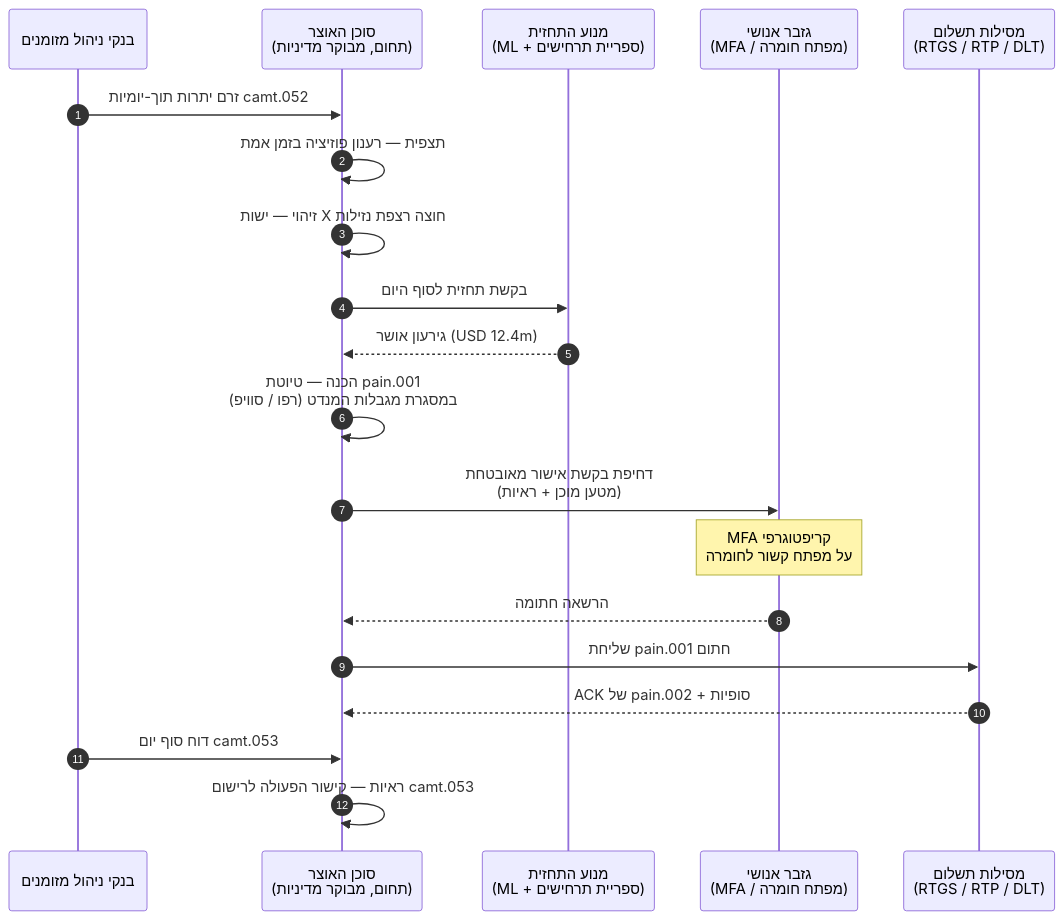
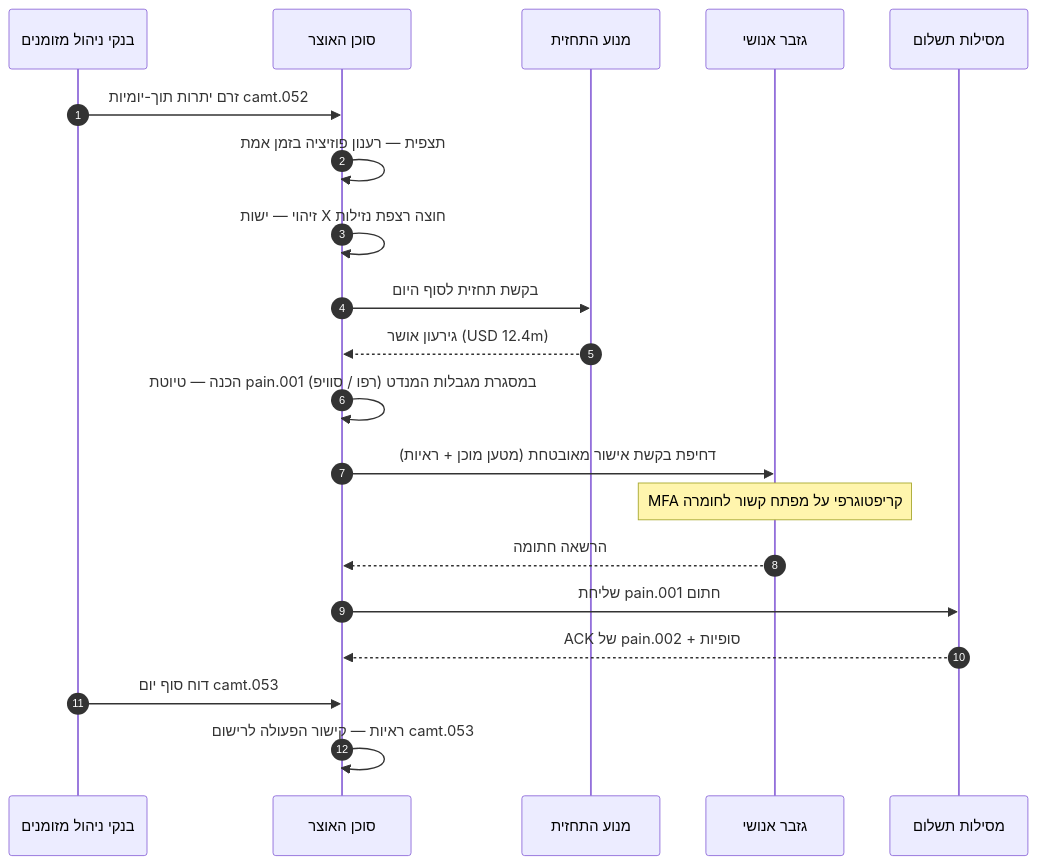
The diagram in _posts/he/2026-06-07-autonomous-treasury-index-programmable-liquidity-tokenised-deposits-2026.md (sebastienrousseau/sebastienrousseau.github.io), drawn with Mermaid before and after one commit. The commit also changed 2231 other files, not shown here.

First line of the commit message:
fix(mermaid): unblock Mermaid v10 rendering end-to-end (#198)

````diff
--- a/_posts/he/2026-06-07-autonomous-treasury-index-programmable-liquidity-tokenised-deposits-2026.md
+++ b/_posts/he/2026-06-07-autonomous-treasury-index-programmable-liquidity-tokenised-deposits-2026.md
@@ -152,23 +152,22 @@
 ```mermaid
 sequenceDiagram
     autonumber
     participant Banks as בנקי ניהול מזומנים
-    participant Agent as סוכן האוצר<br/>(תחום, מבוקר מדיניות)
-    participant Forecast as מנוע התחזית<br/>(ML + ספריית תרחישים)
-    participant Treasurer as גזבר אנושי<br/>(MFA / מפתח חומרה)
-    participant Rails as מסילות תשלום<br/>(RTGS / RTP / DLT)
-
+    participant Agent as סוכן האוצר
+    participant Forecast as מנוע התחזית
+    participant Treasurer as גזבר אנושי
+    participant Rails as מסילות תשלום
     Banks->>Agent: זרם יתרות תוך-יומיות camt.052
     Agent->>Agent: תצפית — רענון פוזיציה בזמן אמת
     Agent->>Agent: זיהוי — ישות X חוצה רצפת נזילות
     Agent->>Forecast: בקשת תחזית לסוף היום
     Forecast-->>Agent: גירעון אושר (USD 12.4m)
-    Agent->>Agent: הכנה — טיוטת pain.001<br/>(רפו / סוויפ) במסגרת מגבלות המנדט
-    Agent->>Treasurer: דחיפת בקשת אישור מאובטחת<br/>(מטען מוכן + ראיות)
-    Note over Treasurer: MFA קריפטוגרפי<br/>על מפתח קשור לחומרה
+    Agent->>Agent: הכנה — טיוטת pain.001 (רפו / סוויפ) במסגרת מגבלות המנדט
+    Agent->>Treasurer: דחיפת בקשת אישור מאובטחת (מטען מוכן + ראיות)
+    Note over Treasurer: MFA קריפטוגרפי על מפתח קשור לחומרה
     Treasurer-->>Agent: הרשאה חתומה
     Agent->>Rails: שליחת pain.001 חתום
     Rails-->>Agent: ACK של pain.002 + סופיות
     Banks->>Agent: דוח סוף יום camt.053
     Agent->>Agent: ראיות — קישור הפעולה לרישום camt.053
 ```
````
